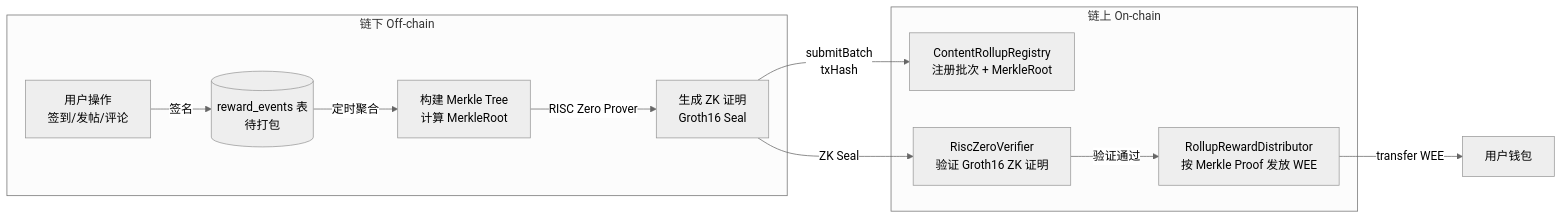
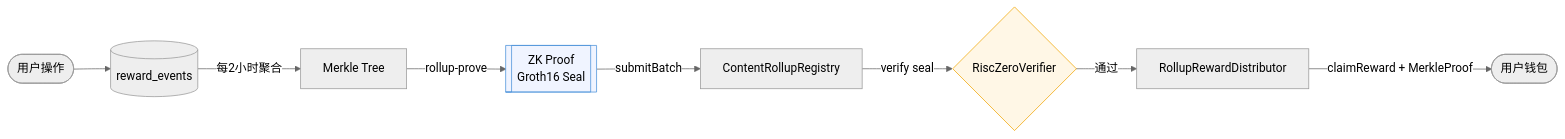
The third of 4 diagrams in README.md (zzzzzzzzzzhy/zk_fisco_platform), drawn with Mermaid (neutral theme) before and after one commit. The commit also changed other lines of this file and 1 other file, not shown here.

Commit message:
优化 Mermaid 图表：简化节点、去掉换行、统一用 flowchart

````diff
--- a/README.md
+++ b/README.md
@@ -126,19 +102,14 @@
 ```mermaid
-graph LR
-    subgraph 链下 Off-chain
-        A[用户操作\n签到/发帖/评论] -->|签名| B[(reward_events 表\n待打包)]
-        B -->|定时聚合| C[构建 Merkle Tree\n计算 MerkleRoot]
-        C -->|RISC Zero Prover| D[生成 ZK 证明\nGroth16 Seal]
-    end
+flowchart LR
+    A([用户操作]) --> B[(reward_events)]
+    B -->|每2小时聚合| C[Merkle Tree]
+    C -->|rollup-prove| D[[ZK Proof\nGroth16 Seal]]
 
-    subgraph 链上 On-chain
-        E[ContentRollupRegistry\n注册批次 + MerkleRoot]
-        F[RiscZeroVerifier\n验证 Groth16 ZK 证明]
-        G[RollupRewardDistributor\n按 Merkle Proof 发放 WEE]
-    end
+    D -->|submitBatch| E[ContentRollupRegistry]
+    E -->|verify seal| F{RiscZeroVerifier}
+    F -->|通过| G[RollupRewardDistributor]
+    G -->|claimReward + MerkleProof| H([用户钱包])
 
-    D -->|submitBatch\ntxHash| E
-    D -->|ZK Seal| F
-    F -->|验证通过| G
-    G -->|transfer WEE| H[用户钱包]
+    style D fill:#f0f4ff,stroke:#4a90d9
+    style F fill:#fff7e6,stroke:#f0a500
 ```
````
